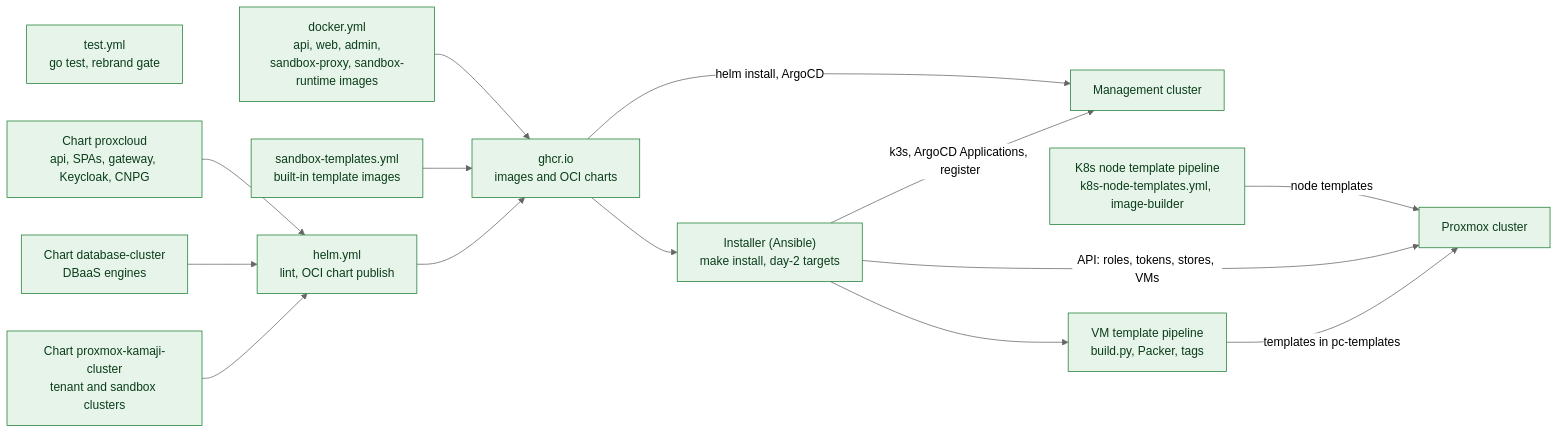
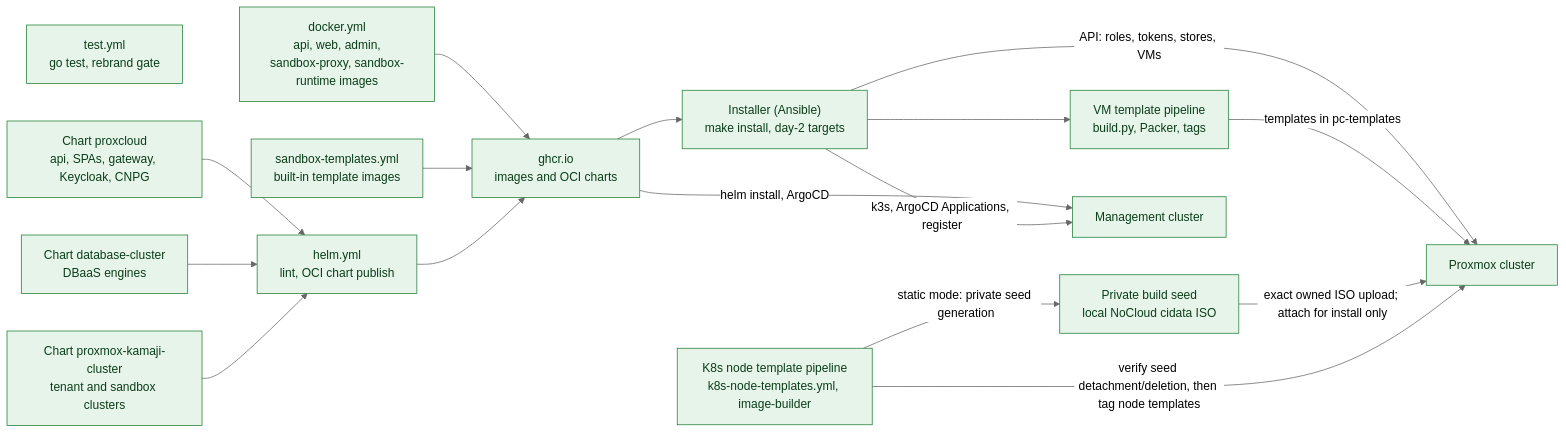
The third of 3 diagrams in docs/architecture/c4/c2-containers.md (mutex-solutions/proxcloud), drawn with Mermaid (neutral theme) before and after one commit. The commit also changed other lines of this file and 9 other files, not shown here.

First line of the commit message:
ci(images): build Kubernetes templates with private static NoCloud seed (#175)

````diff
--- a/docs/architecture/c4/c2-containers.md
+++ b/docs/architecture/c4/c2-containers.md
@@ -224,33 +224,36 @@
 ```mermaid
 flowchart LR
   classDef impl fill:#e6f4ea,stroke:#1e7e34,color:#0b3d1a
   classDef planned fill:#f2f2f2,stroke:#8a8a8a,stroke-dasharray:5 5,color:#555555
 
   test["test.yml<br/>go test, rebrand gate"]:::impl
   docker["docker.yml<br/>api, web, admin,<br/>sandbox-proxy, sandbox-runtime images"]:::impl
   sbxt["sandbox-templates.yml<br/>built-in template images"]:::impl
   helm["helm.yml<br/>lint, OCI chart publish"]:::impl
   ghcr["ghcr.io<br/>images and OCI charts"]:::impl
   chart["Chart proxcloud<br/>api, SPAs, gateway, Keycloak, CNPG"]:::impl
   dbchart["Chart database-cluster<br/>DBaaS engines"]:::impl
   k8schart["Chart proxmox-kamaji-cluster<br/>tenant and sandbox clusters"]:::impl
   inst["Installer (Ansible)<br/>make install, day-2 targets"]:::impl
   vmt["VM template pipeline<br/>build.py, Packer, tags"]:::impl
   k8st["K8s node template pipeline<br/>k8s-node-templates.yml, image-builder"]:::impl
+  k8sseed["Private build seed<br/>local NoCloud cidata ISO"]:::impl
   mgmt["Management cluster"]:::impl
   pve["Proxmox cluster"]:::impl
 
   docker --> ghcr
   sbxt --> ghcr
   helm --> ghcr
   chart --> helm
   dbchart --> helm
   k8schart --> helm
   ghcr -->|"helm install, ArgoCD"| mgmt
   ghcr --> inst
   inst -->|"k3s, ArgoCD Applications, register"| mgmt
   inst -->|"API: roles, tokens, stores, VMs"| pve
   inst --> vmt
   vmt -->|"templates in pc-templates"| pve
-  k8st -->|"node templates"| pve
+  k8st -->|"static mode: private seed generation"| k8sseed
+  k8sseed -->|"exact owned ISO upload; attach for install only"| pve
+  k8st -->|"verify seed detachment/deletion, then tag node templates"| pve
 ```
````
